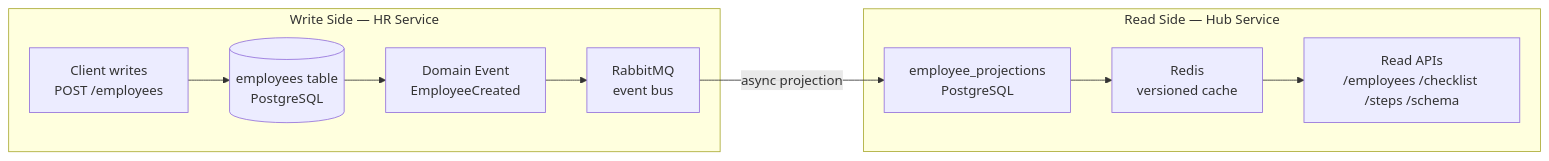
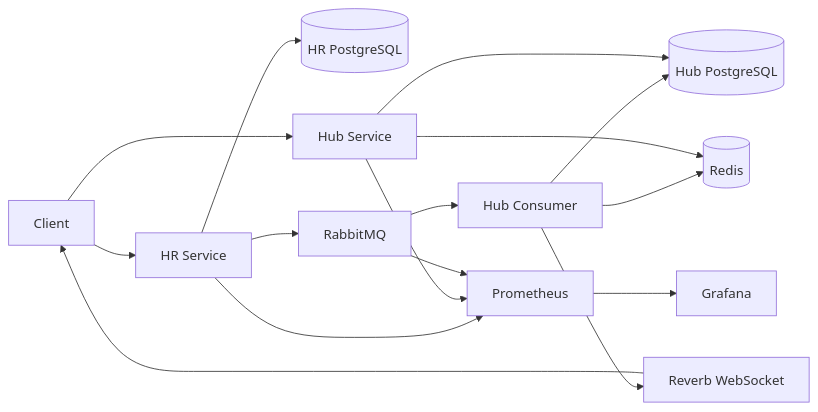
One commit to ahmedsamirsherif/laravel-event-driven-microservices-blueprint changed the diagram in README.md. Above: the diagram before and after it, drawn with Mermaid. The commit also changed other lines of this file and 3 other files, not shown here.

````diff
--- a/README.md
+++ b/README.md
@@ -256,22 +86,21 @@
 ```mermaid
-graph LR
-    subgraph WRITE["Write Side — HR Service"]
-        CMD[Client writes\nPOST /employees]
-        HR_DB[(employees table\nPostgreSQL)]
-        EVENT[Domain Event\nEmployeeCreated]
-        MQ[RabbitMQ\nevent bus]
-    end
+flowchart LR
+  Client[Client] --> HR[HR Service]
+  HR --> HRDB[(HR PostgreSQL)]
+  HR --> MQ[RabbitMQ]
 
-    subgraph READ["Read Side — Hub Service"]
-        PROJ[employee_projections\nPostgreSQL]
-        CACHE[Redis\nversioned cache]
-        API[Read APIs\n/employees /checklist /steps /schema]
-    end
+  MQ --> Consumer[Hub Consumer]
+  Consumer --> HUBDB[(Hub PostgreSQL)]
+  Consumer --> Redis[(Redis)]
+  Consumer --> Reverb[Reverb WebSocket]
 
-    CMD --> HR_DB
-    HR_DB --> EVENT
-    EVENT --> MQ
-    MQ -->|async projection| PROJ
-    PROJ --> CACHE
-    CACHE --> API
+  Client --> HUB[Hub Service]
+  HUB --> HUBDB
+  HUB --> Redis
+  Reverb --> Client
+
+  HR --> Prom[Prometheus]
+  HUB --> Prom
+  MQ --> Prom
+  Prom --> Grafana[Grafana]
 ```
````
